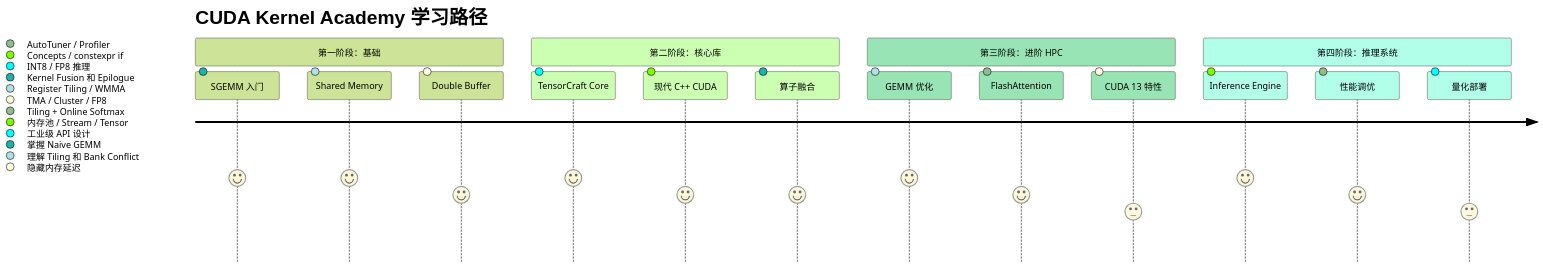
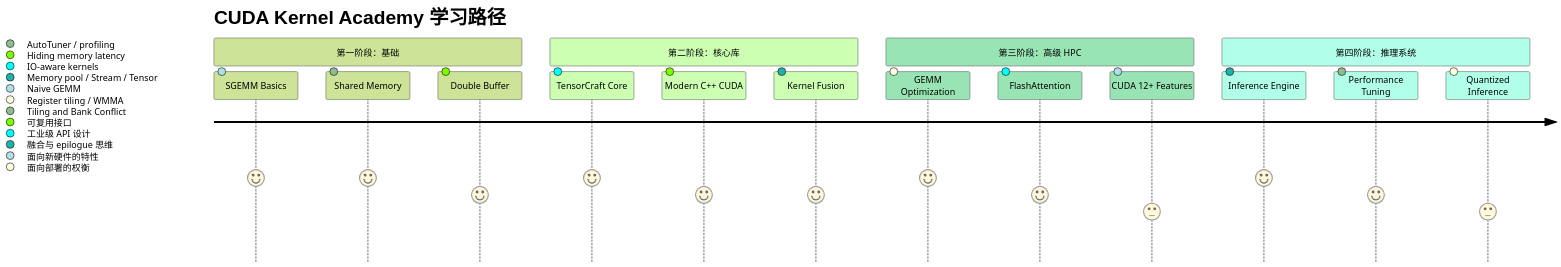
One commit to LessUp/cuda-kernel-academy changed the first of 2 diagrams in docs/zh/roadmap.md. Above: the diagram before and after it, drawn with Mermaid (forest theme). The commit also changed other lines of this file and 45 other files, not shown here.

````diff
--- a/docs/zh/roadmap.md
+++ b/docs/zh/roadmap.md
@@ -11,20 +24,20 @@
 ```mermaid
 journey
     title CUDA Kernel Academy 学习路径
     section 第一阶段：基础
-      SGEMM 入门: 5: 掌握 Naive GEMM
-      Shared Memory: 5: 理解 Tiling 和 Bank Conflict
-      Double Buffer: 4: 隐藏内存延迟
+      SGEMM Basics: 5: Naive GEMM
+      Shared Memory: 5: Tiling and Bank Conflict
+      Double Buffer: 4: Hiding memory latency
     section 第二阶段：核心库
       TensorCraft Core: 5: 工业级 API 设计
-      现代 C++ CUDA: 4: Concepts / constexpr if
-      算子融合: 4: Kernel Fusion 和 Epilogue
-    section 第三阶段：进阶 HPC
-      GEMM 优化: 5: Register Tiling / WMMA
-      FlashAttention: 4: Tiling + Online Softmax
-      CUDA 13 特性: 3: TMA / Cluster / FP8
+      Modern C++ CUDA: 4: 可复用接口
+      Kernel Fusion: 4: 融合与 epilogue 思维
+    section 第三阶段：高级 HPC
+      GEMM Optimization: 5: Register tiling / WMMA
+      FlashAttention: 4: IO-aware kernels
+      CUDA 12+ Features: 3: 面向新硬件的特性
     section 第四阶段：推理系统
-      Inference Engine: 5: 内存池 / Stream / Tensor
-      性能调优: 4: AutoTuner / Profiler
-      量化部署: 3: INT8 / FP8 推理
+      Inference Engine: 5: Memory pool / Stream / Tensor
+      Performance Tuning: 4: AutoTuner / profiling
+      Quantized Inference: 3: 面向部署的权衡
 ```
````
